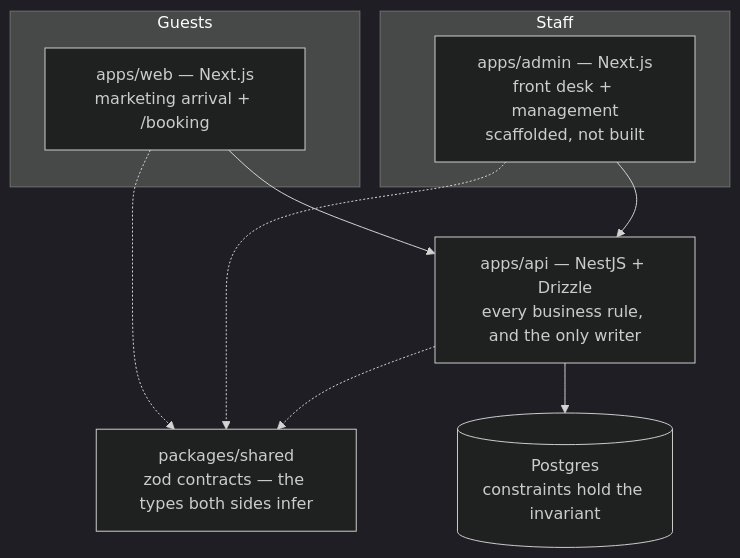
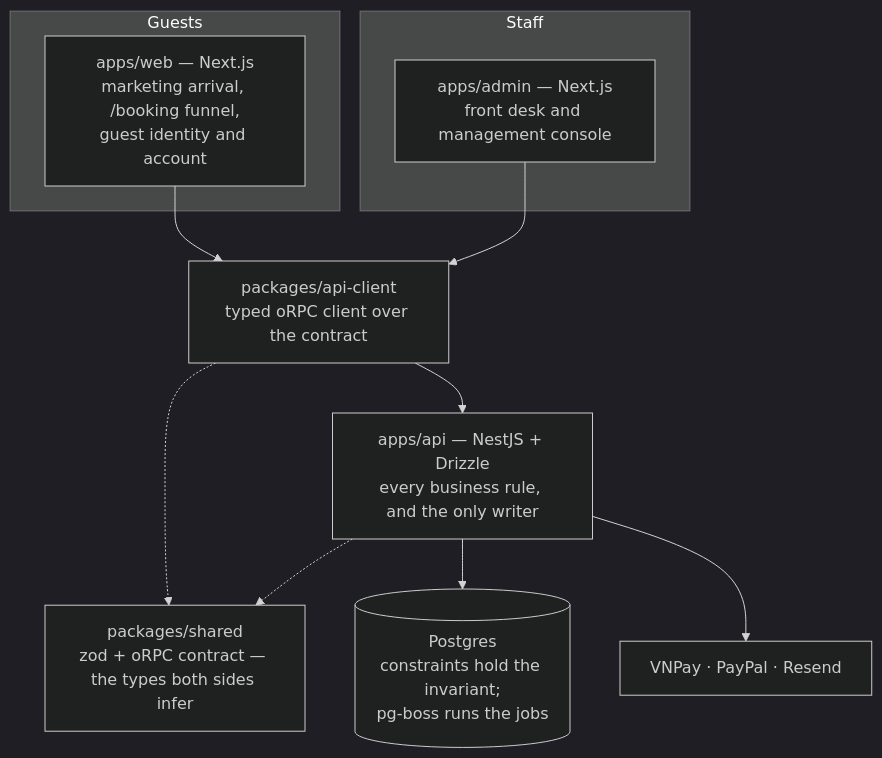
The diagram in README.md (2351010154/resort-management), drawn with Mermaid (dark theme) before and after one commit. The commit also changed other lines of this file, not shown here.

````diff
--- a/README.md
+++ b/README.md
@@ -70,19 +79,22 @@
 ```mermaid
 flowchart TD
     subgraph guests[Guests]
-        web["apps/web — Next.js<br/>marketing arrival + /booking"]
+        web["apps/web — Next.js<br/>marketing arrival, /booking funnel,<br/>guest identity and account"]
     end
     subgraph staff[Staff]
-        admin["apps/admin — Next.js<br/>front desk + management<br/>scaffolded, not built"]
+        admin["apps/admin — Next.js<br/>front desk and management console"]
     end
-    contract["packages/shared<br/>zod contracts — the types both sides infer"]
+    client["packages/api-client<br/>typed oRPC client over the contract"]
+    contract["packages/shared<br/>zod + oRPC contract — the types both sides infer"]
     api["apps/api — NestJS + Drizzle<br/>every business rule, and the only writer"]
-    db[("Postgres<br/>constraints hold the invariant")]
+    db[("Postgres<br/>constraints hold the invariant;<br/>pg-boss runs the jobs")]
+    rails["VNPay · PayPal · Resend"]
 
-    web --> api
-    admin --> api
-    web -.-> contract
-    admin -.-> contract
+    web --> client
+    admin --> client
+    client --> api
+    client -.-> contract
     api -.-> contract
     api --> db
+    api --> rails
 ```
````
